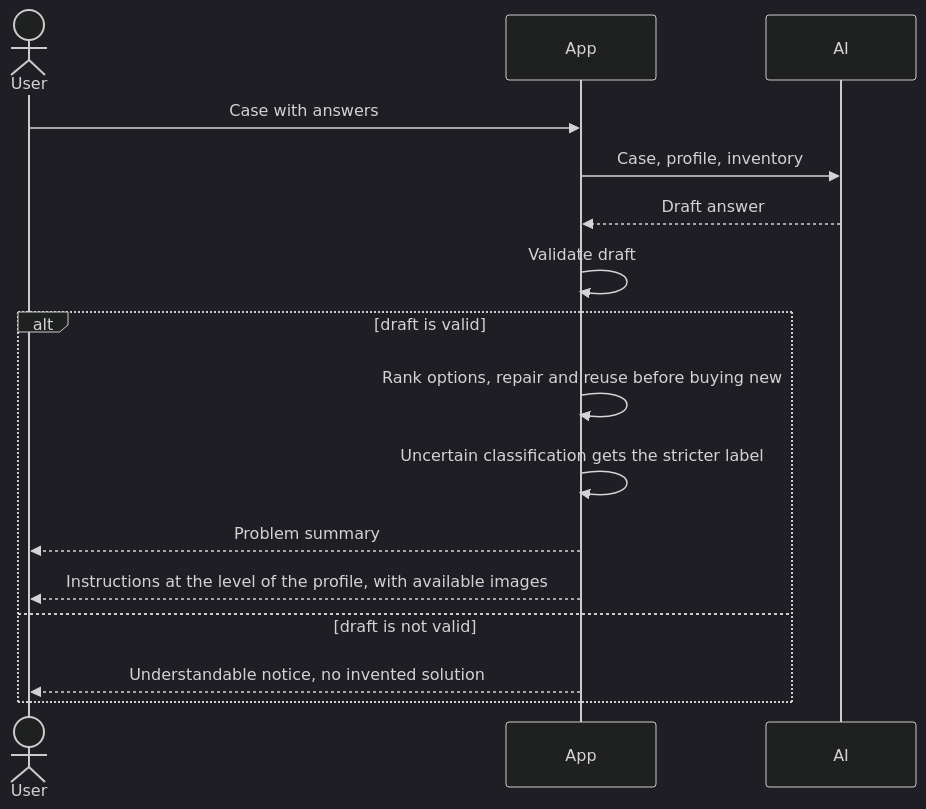
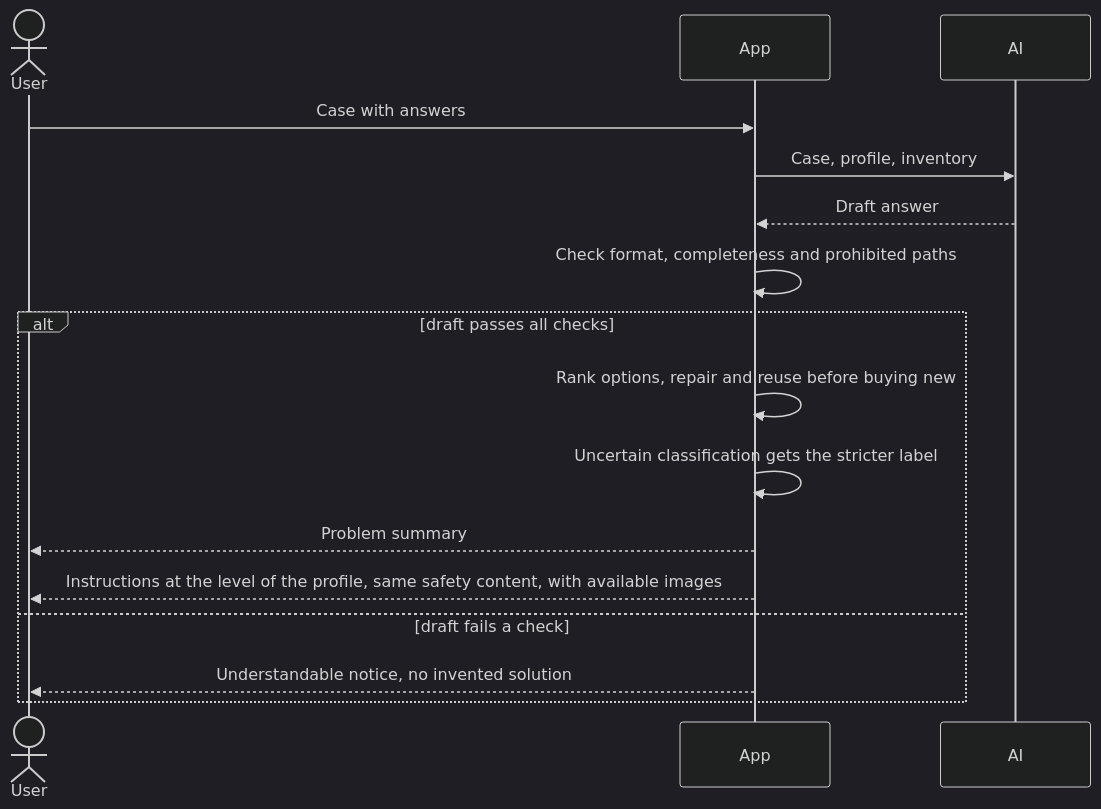
Before and after one commit to mrh421/Applied_AI_DAIY: the diagram in docs/use-cases/UC-003-receive-instructions.md, drawn with Mermaid (dark theme). The commit also changed other lines of this file and 4 other files, not shown here.

````diff
--- a/docs/use-cases/UC-003-receive-instructions.md
+++ b/docs/use-cases/UC-003-receive-instructions.md
@@ -63,18 +73,18 @@
 ```mermaid
 sequenceDiagram
     actor User
     participant App
     participant AI
     User->>App: Case with answers
     App->>AI: Case, profile, inventory
     AI-->>App: Draft answer
-    App->>App: Validate draft
-    alt draft is valid
+    App->>App: Check format, completeness and prohibited paths
+    alt draft passes all checks
         App->>App: Rank options, repair and reuse before buying new
         App->>App: Uncertain classification gets the stricter label
         App-->>User: Problem summary
-        App-->>User: Instructions at the level of the profile, with available images
-    else draft is not valid
+        App-->>User: Instructions at the level of the profile, same safety content, with available images
+    else draft fails a check
         App-->>User: Understandable notice, no invented solution
     end
 ```
````
